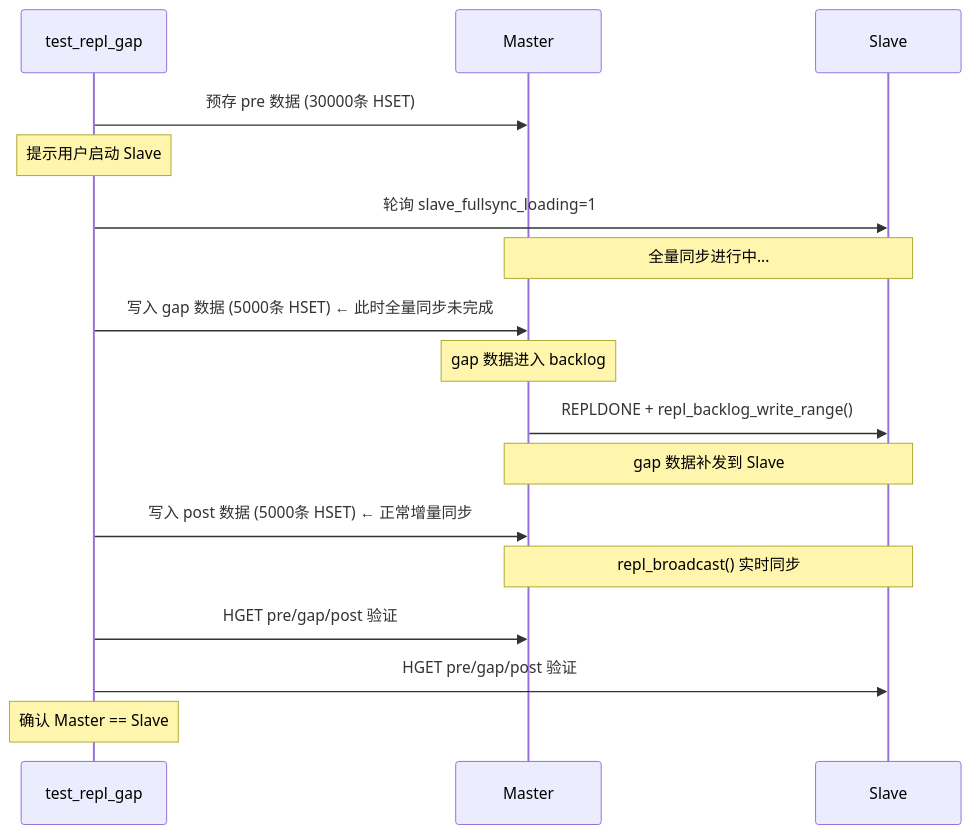
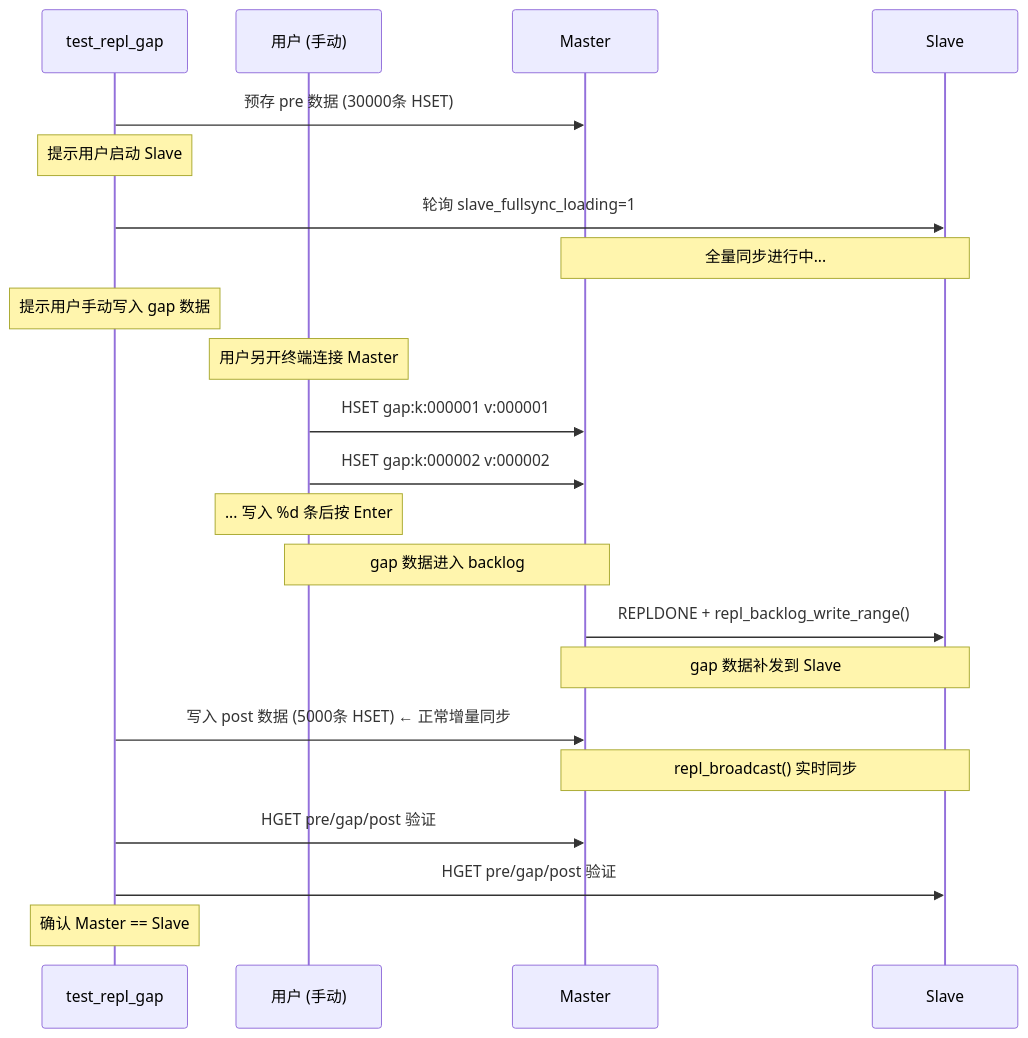
Before and after one commit to robotlover-1/kvstore: diagram 15 of 15 in README.md, drawn with Mermaid. The commit also changed other lines of this file and 1 other file, not shown here.

First line of the commit message:
fix: 全量同步 gap 测试改为用户手动写入 + 修复编译错误

````diff
--- a/README.md
+++ b/README.md
@@ -3747,26 +3747,31 @@
 ```mermaid
 sequenceDiagram
     participant T as test_repl_gap
+    participant U as 用户 (手动)
     participant M as Master
     participant S as Slave
 
     T->>M: 预存 pre 数据 (30000条 HSET)
 
     Note over T: 提示用户启动 Slave
     T->>S: 轮询 slave_fullsync_loading=1
 
     Note over M,S: 全量同步进行中...
 
-    T->>M: 写入 gap 数据 (5000条 HSET)  ← 此时全量同步未完成
-    Note over M: gap 数据进入 backlog
+    Note over T: 提示用户手动写入 gap 数据
+    Note over U: 用户另开终端连接 Master
+    U->>M: HSET gap:k:000001 v:000001
+    U->>M: HSET gap:k:000002 v:000002
+    Note over U: ... 写入 %d 条后按 Enter
+    Note over U,M: gap 数据进入 backlog
 
     M->>S: REPLDONE + repl_backlog_write_range()
     Note over M,S: gap 数据补发到 Slave
 
     T->>M: 写入 post 数据 (5000条 HSET)  ← 正常增量同步
     Note over M,S: repl_broadcast() 实时同步
 
     T->>M: HGET pre/gap/post 验证
     T->>S: HGET pre/gap/post 验证
     Note over T: 确认 Master == Slave
 ```
````
